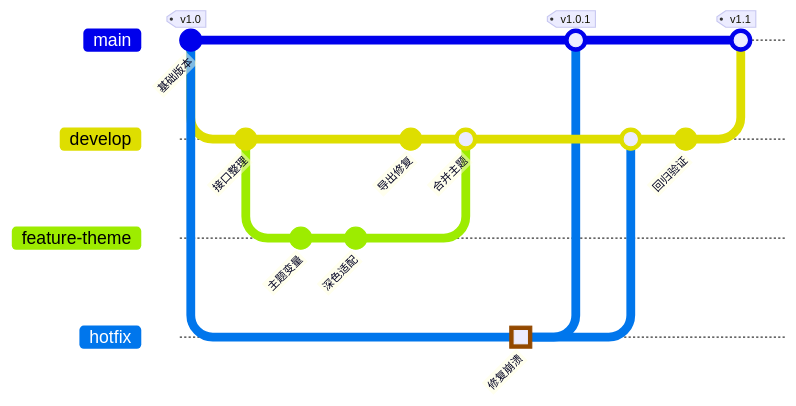
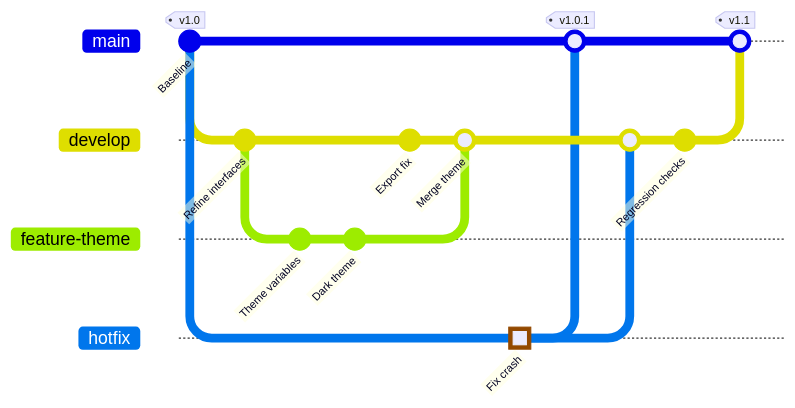
Diagram 15 of 50 in docs/examples/mermaid-pele-theme-gallery.md (wizlijun/note.md), drawn with Mermaid before and after one commit. The commit also changed other lines of this file, not shown here.

Commit message:
docs: make diagram gallery English and image focused

````diff
--- a/docs/examples/mermaid-pele-theme-gallery.md
+++ b/docs/examples/mermaid-pele-theme-gallery.md
@@ -900,25 +621,25 @@
 ```mermaid
 gitGraph
-  commit id: "基础版本" tag: "v1.0"
+  commit id: "Baseline" tag: "v1.0"
   branch develop
   checkout develop
-  commit id: "接口整理"
+  commit id: "Refine interfaces"
   branch feature-theme
   checkout feature-theme
-  commit id: "主题变量"
-  commit id: "深色适配"
+  commit id: "Theme variables"
+  commit id: "Dark theme"
   checkout develop
-  commit id: "导出修复"
-  merge feature-theme id: "合并主题"
+  commit id: "Export fix"
+  merge feature-theme id: "Merge theme"
   checkout main
   branch hotfix
   checkout hotfix
-  commit id: "修复崩溃" type: HIGHLIGHT
+  commit id: "Fix crash" type: HIGHLIGHT
   checkout main
   merge hotfix tag: "v1.0.1"
   checkout develop
   merge hotfix
-  commit id: "回归验证"
+  commit id: "Regression checks"
   checkout main
   merge develop tag: "v1.1"
 ```
````
